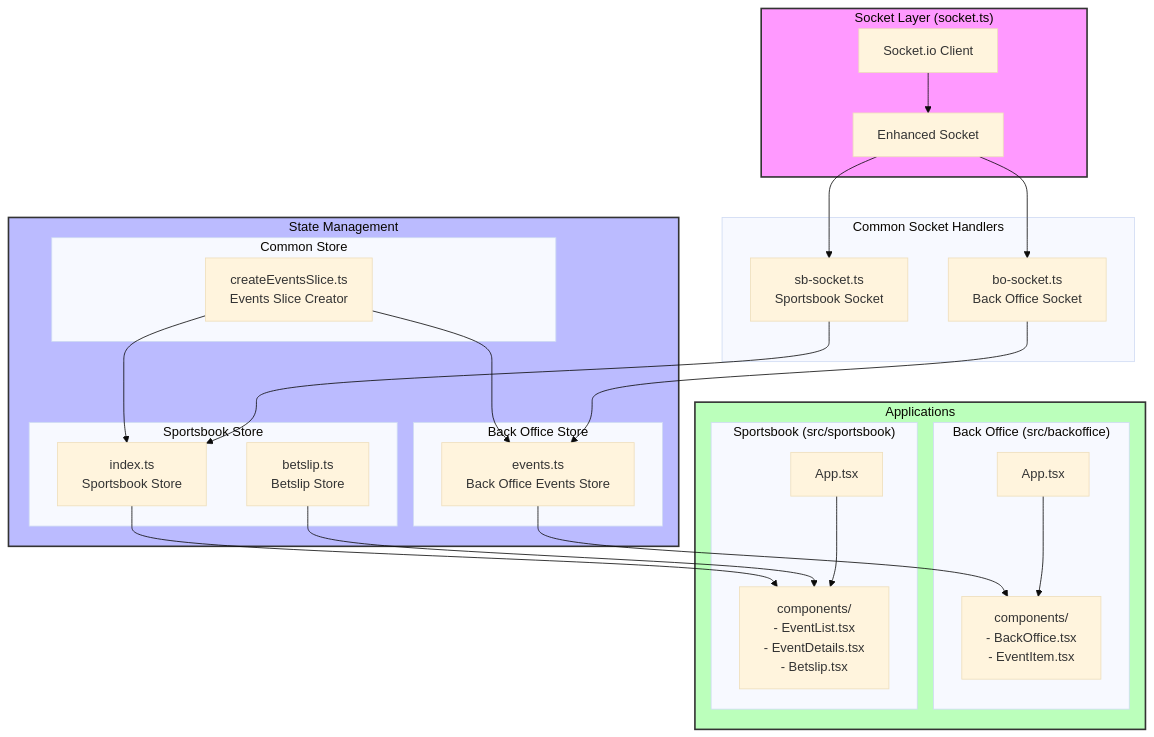
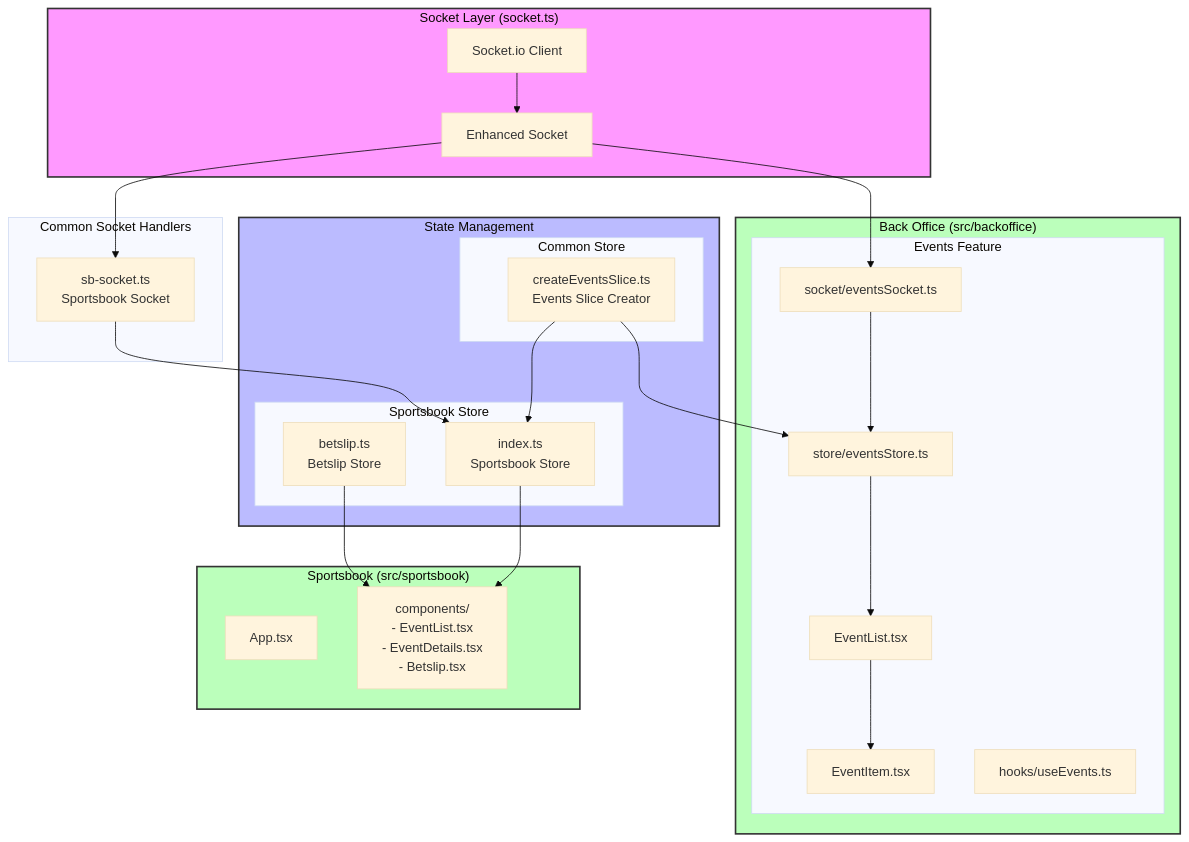
One commit to vandriesh/bo-sb-websockets changed the diagram in docs/architecture.md. Above: the diagram before and after it, drawn with Mermaid (base theme). The commit also changed other lines of this file and 6 other files, not shown here.

````diff
--- a/docs/architecture.md
+++ b/docs/architecture.md
@@ -5,69 +5,64 @@
 ```mermaid
 graph TB
     subgraph Socket["Socket Layer (socket.ts)"]
         S[Socket.io Client]
         ES[Enhanced Socket]
     end
 
+    subgraph BackOffice["Back Office (src/backoffice)"]
+        subgraph BOEvents["Events Feature"]
+            BO_EVENT_LIST["EventList.tsx"]
+            BO_EVENT_ITEM["EventItem.tsx"]
+            BO_HOOKS["hooks/useEvents.ts"]
+            BO_SOCKET["socket/eventsSocket.ts"]
+            BO_STORE["store/eventsStore.ts"]
+        end
+    end
+
     subgraph CommonSocket["Common Socket Handlers"]
-        BO_SOCKET["bo-socket.ts<br/>Back Office Socket"]
         SB_SOCKET["sb-socket.ts<br/>Sportsbook Socket"]
     end
 
     subgraph StateManagement["State Management"]
         subgraph CommonStore["Common Store"]
             ES_SLICE["createEventsSlice.ts<br/>Events Slice Creator"]
         end
         
-        subgraph BackOfficeStore["Back Office Store"]
-            BO_STORE["events.ts<br/>Back Office Events Store"]
-        end
-        
         subgraph SportsbookStore["Sportsbook Store"]
             SB_STORE["index.ts<br/>Sportsbook Store"]
             BETSLIP["betslip.ts<br/>Betslip Store"]
         end
     end
 
-    subgraph Applications["Applications"]
-        subgraph BackOffice["Back Office (src/backoffice)"]
-            BO_APP["App.tsx"]
-            BO_COMP["components/<br/>- BackOffice.tsx<br/>- EventItem.tsx"]
-        end
-        
-        subgraph Sportsbook["Sportsbook (src/sportsbook)"]
-            SB_APP["App.tsx"]
-            SB_COMP["components/<br/>- EventList.tsx<br/>- EventDetails.tsx<br/>- Betslip.tsx"]
-        end
+    subgraph Sportsbook["Sportsbook (src/sportsbook)"]
+        SB_APP["App.tsx"]
+        SB_COMP["components/<br/>- EventList.tsx<br/>- EventDetails.tsx<br/>- Betslip.tsx"]
     end
 
     %% Socket Connections
     S --> ES
     ES --> BO_SOCKET
     ES --> SB_SOCKET
     
     %% State Management Connections
     ES_SLICE --> BO_STORE
     ES_SLICE --> SB_STORE
     
     %% Socket to Store Connections
     BO_SOCKET --> BO_STORE
     SB_SOCKET --> SB_STORE
     
     %% Store to Components Connections
-    BO_STORE --> BO_COMP
+    BO_STORE --> BO_EVENT_LIST
+    BO_EVENT_LIST --> BO_EVENT_ITEM
     SB_STORE --> SB_COMP
     BETSLIP --> SB_COMP
-    
-    %% Component Hierarchy
-    BO_APP --> BO_COMP
-    SB_APP --> SB_COMP
 
     classDef socket fill:#f9f,stroke:#333,stroke-width:2px
     classDef store fill:#bbf,stroke:#333,stroke-width:2px
     classDef component fill:#bfb,stroke:#333,stroke-width:2px
     
     class Socket socket
     class StateManagement store
-    class Applications component
+    class BackOffice,Sportsbook component
 ```
````
